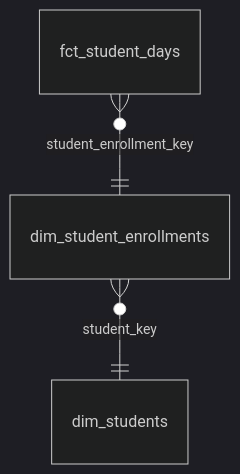
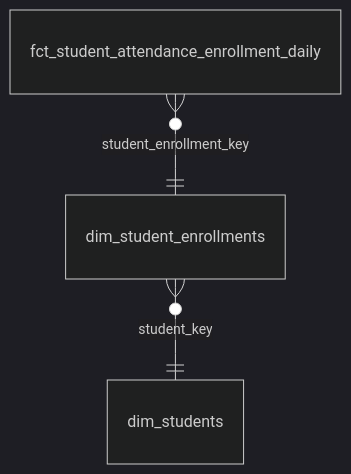
One commit to TEAMSchools/teamster changed diagram 19 of 25 in docs/reference/marts-data-models.md. Above: the diagram before and after it, drawn with Mermaid (dark theme). The commit also changed other lines of this file and 12 other files, not shown here.

````diff
--- a/docs/reference/marts-data-models.md
+++ b/docs/reference/marts-data-models.md
@@ -351,5 +352,5 @@
 ```mermaid
 erDiagram
-  fct_student_days }o--|| dim_student_enrollments : "student_enrollment_key"
+  fct_student_attendance_enrollment_daily }o--|| dim_student_enrollments : "student_enrollment_key"
   dim_student_enrollments }o--|| dim_students : "student_key"
 ```
````
